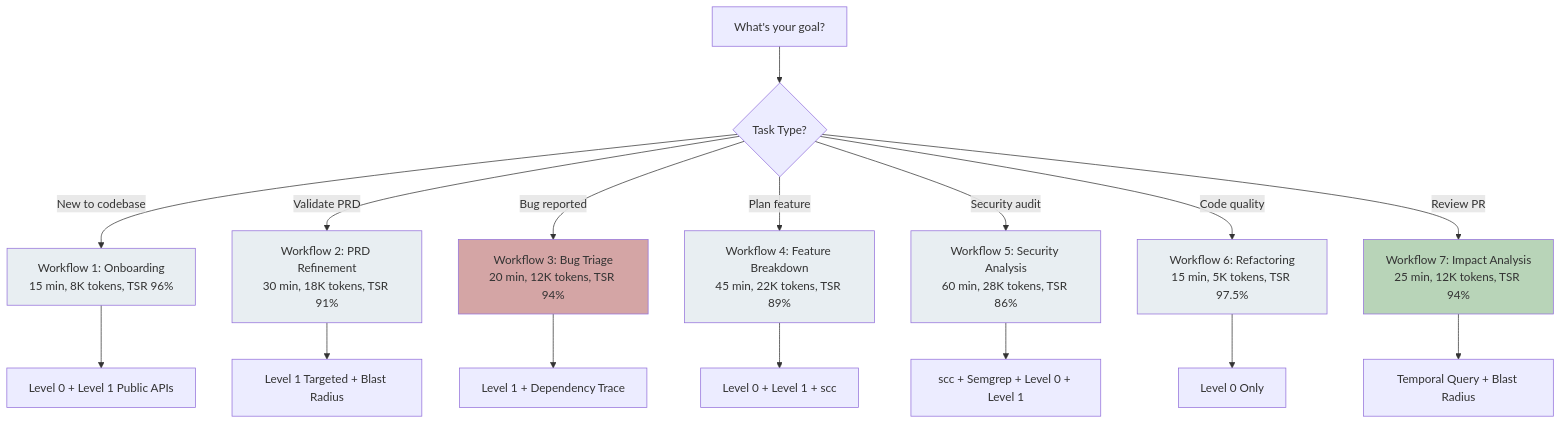
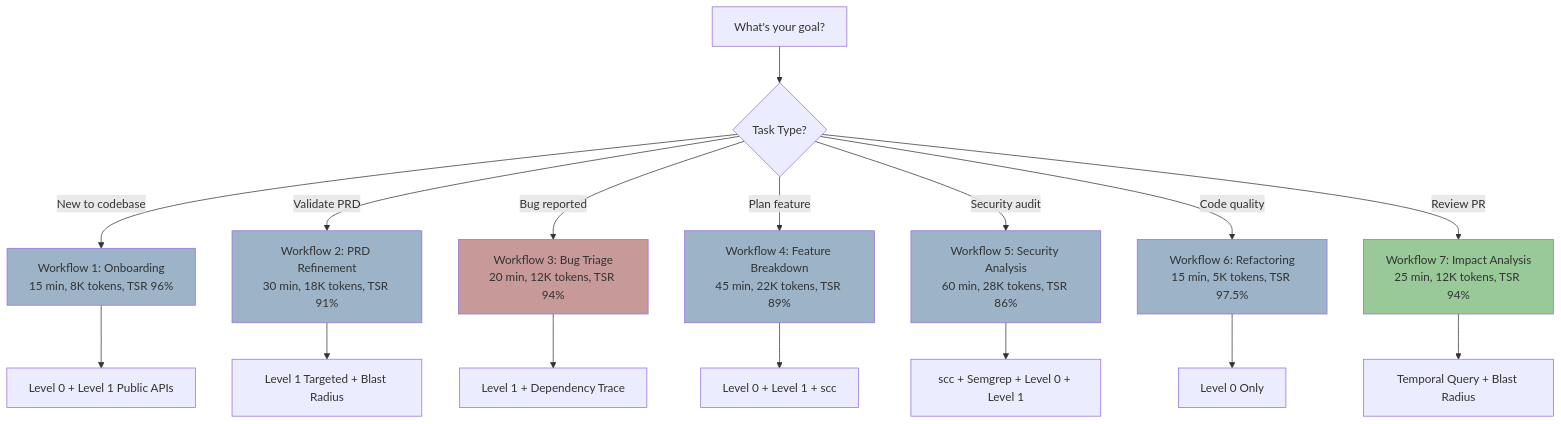
The first of 8 diagrams in .claude/parseltongue-ultrathink.md (that-in-rust/parseltongue), drawn with Mermaid before and after one commit. The commit also changed other lines of this file, not shown here.

````diff
--- a/.claude/parseltongue-ultrathink.md
+++ b/.claude/parseltongue-ultrathink.md
@@ -90,28 +90,28 @@
   ```mermaid
   graph TB
       START[What's your goal?] --> Q1{Task Type?}
 
       Q1 -->|New to codebase| WF1[Workflow 1: Onboarding<br/>15 min, 8K tokens, TSR 96%]
       Q1 -->|Validate PRD| WF2[Workflow 2: PRD Refinement<br/>30 min, 18K tokens, TSR 91%]
       Q1 -->|Bug reported| WF3[Workflow 3: Bug Triage<br/>20 min, 12K tokens, TSR 94%]
       Q1 -->|Plan feature| WF4[Workflow 4: Feature Breakdown<br/>45 min, 22K tokens, TSR 89%]
       Q1 -->|Security audit| WF5[Workflow 5: Security Analysis<br/>60 min, 28K tokens, TSR 86%]
       Q1 -->|Code quality| WF6[Workflow 6: Refactoring<br/>15 min, 5K tokens, TSR 97.5%]
       Q1 -->|Review PR| WF7[Workflow 7: Impact Analysis<br/>25 min, 12K tokens, TSR 94%]
 
       WF1 --> TOOL1[Level 0 + Level 1 Public APIs]
       WF2 --> TOOL2[Level 1 Targeted + Blast Radius]
       WF3 --> TOOL3[Level 1 + Dependency Trace]
       WF4 --> TOOL4[Level 0 + Level 1 + scc]
       WF5 --> TOOL5[scc + Semgrep + Level 0 + Level 1]
       WF6 --> TOOL6[Level 0 Only]
       WF7 --> TOOL7[Temporal Query + Blast Radius]
 
-      style WF1 fill:#E8EEF2
-      style WF2 fill:#E8EEF2
-      style WF3 fill:#D4A5A5
-      style WF4 fill:#E8EEF2
-      style WF5 fill:#E8EEF2
-      style WF6 fill:#E8EEF2
-      style WF7 fill:#B8D4B8
+      style WF1 fill:#9DB4C8
+      style WF2 fill:#9DB4C8
+      style WF3 fill:#C89999
+      style WF4 fill:#9DB4C8
+      style WF5 fill:#9DB4C8
+      style WF6 fill:#9DB4C8
+      style WF7 fill:#99C899
   ```
````
